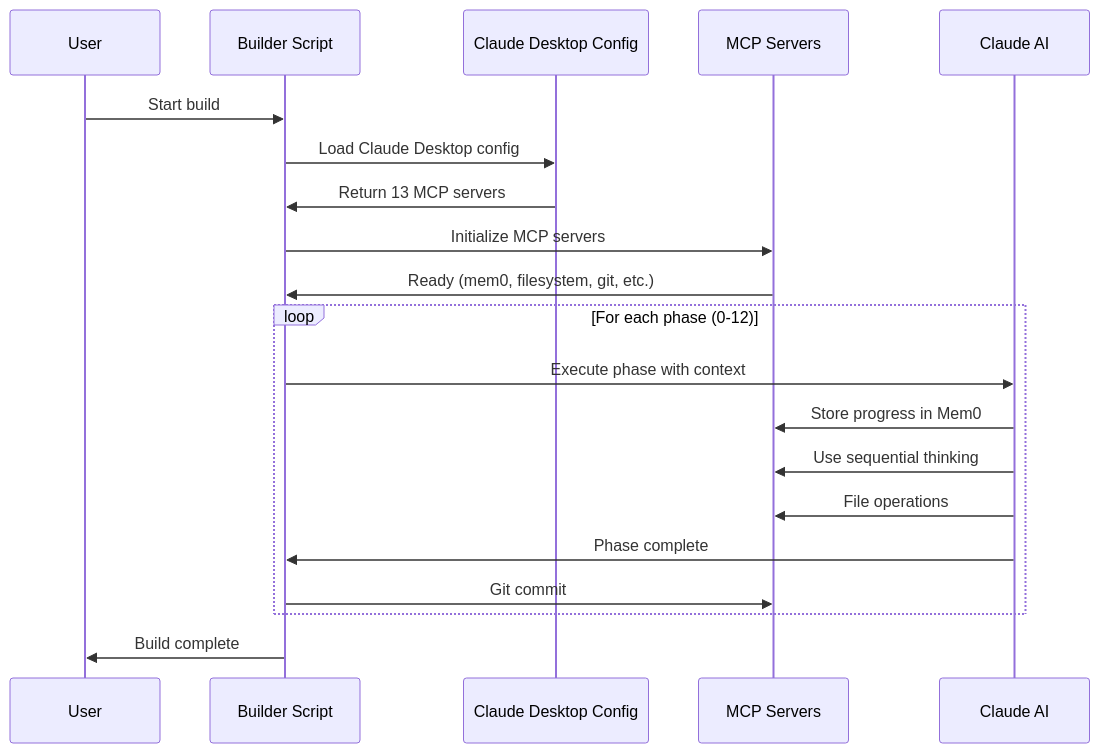
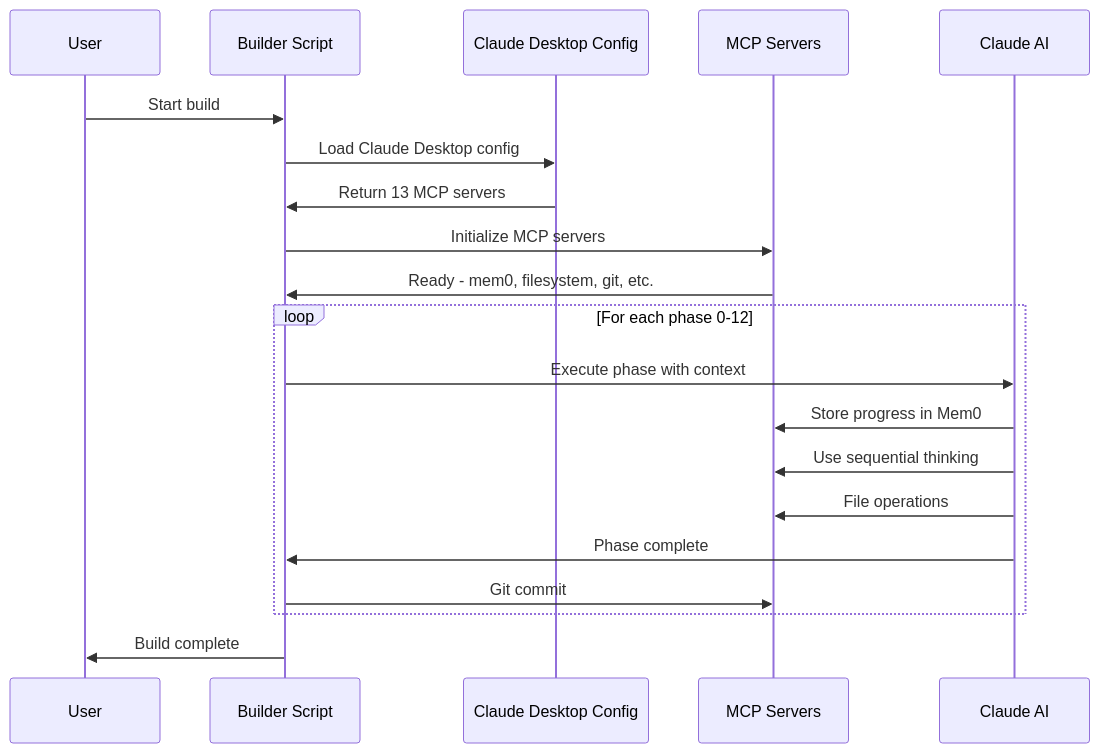
The second of 2 diagrams in README.md (krzemienski/enhanced-claude-code), drawn with Mermaid before and after one commit. The commit also changed other lines of this file, not shown here.

Commit message:
fix: Fix Mermaid diagram syntax issues
- Removed quotes from subgraph name (MCP_Servers instead of "MCP Servers")
- Replaced parentheses in sequence diagram messages with dashes
- These syntax fixes should resolve the 'Loading' issue on GitHub

````diff
--- a/README.md
+++ b/README.md
@@ -71,26 +71,26 @@
 ```mermaid
 sequenceDiagram
     participant U as User
     participant B as Builder Script
     participant C as Claude Desktop Config
     participant M as MCP Servers
     participant AI as Claude AI
     
     U->>B: Start build
     B->>C: Load Claude Desktop config
     C->>B: Return 13 MCP servers
     B->>M: Initialize MCP servers
-    M->>B: Ready (mem0, filesystem, git, etc.)
+    M->>B: Ready - mem0, filesystem, git, etc.
     
-    loop For each phase (0-12)
+    loop For each phase 0-12
         B->>AI: Execute phase with context
         AI->>M: Store progress in Mem0
         AI->>M: Use sequential thinking
         AI->>M: File operations
         AI->>B: Phase complete
         B->>M: Git commit
     end
     
     B->>U: Build complete
 
 ```
````
